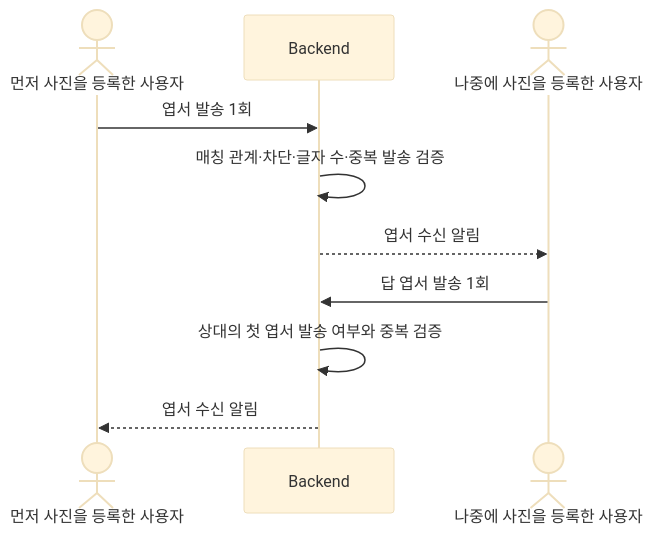
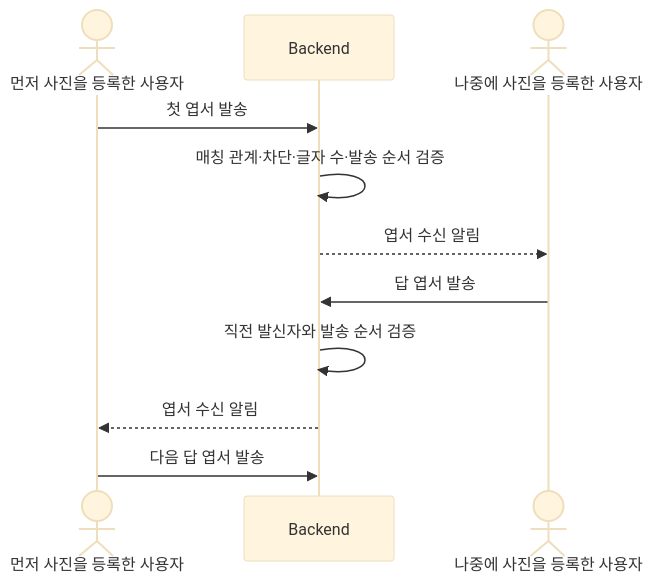
Before and after one commit to Team-DALM/DALM-Backend: the fifth of 5 diagrams in docs/notion-dalm-spec-v2/01-서비스-구조-및-전체-워크플로우.md, drawn with Mermaid (base theme). The commit also changed other lines of this file and 12 other files, not shown here.

````diff
--- a/docs/notion-dalm-spec-v2/01-서비스-구조-및-전체-워크플로우.md
+++ b/docs/notion-dalm-spec-v2/01-서비스-구조-및-전체-워크플로우.md
@@ -146,13 +146,14 @@
 ```mermaid
 sequenceDiagram
     actor A as 먼저 사진을 등록한 사용자
     participant B as Backend
     actor C as 나중에 사진을 등록한 사용자
 
-    A->>B: 엽서 발송 1회
-    B->>B: 매칭 관계·차단·글자 수·중복 발송 검증
+    A->>B: 첫 엽서 발송
+    B->>B: 매칭 관계·차단·글자 수·발송 순서 검증
     B-->>C: 엽서 수신 알림
-    C->>B: 답 엽서 발송 1회
-    B->>B: 상대의 첫 엽서 발송 여부와 중복 검증
+    C->>B: 답 엽서 발송
+    B->>B: 직전 발신자와 발송 순서 검증
     B-->>A: 엽서 수신 알림
+    A->>B: 다음 답 엽서 발송
 ```
````
